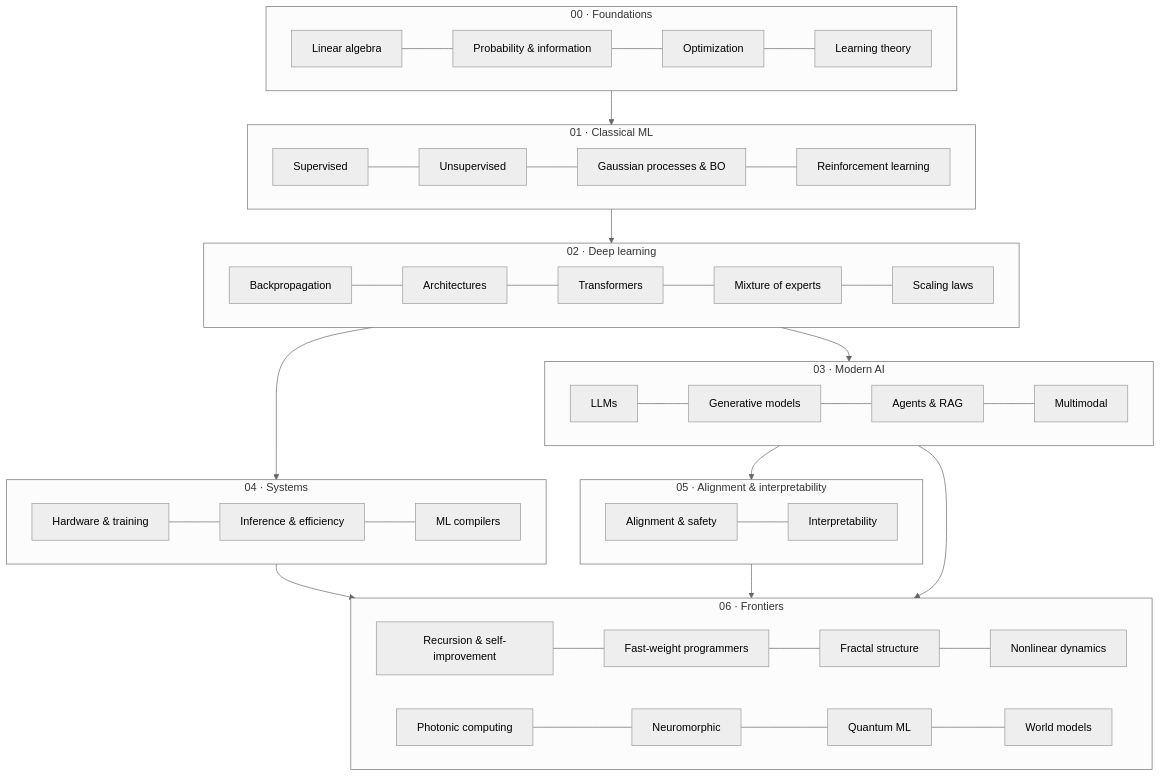
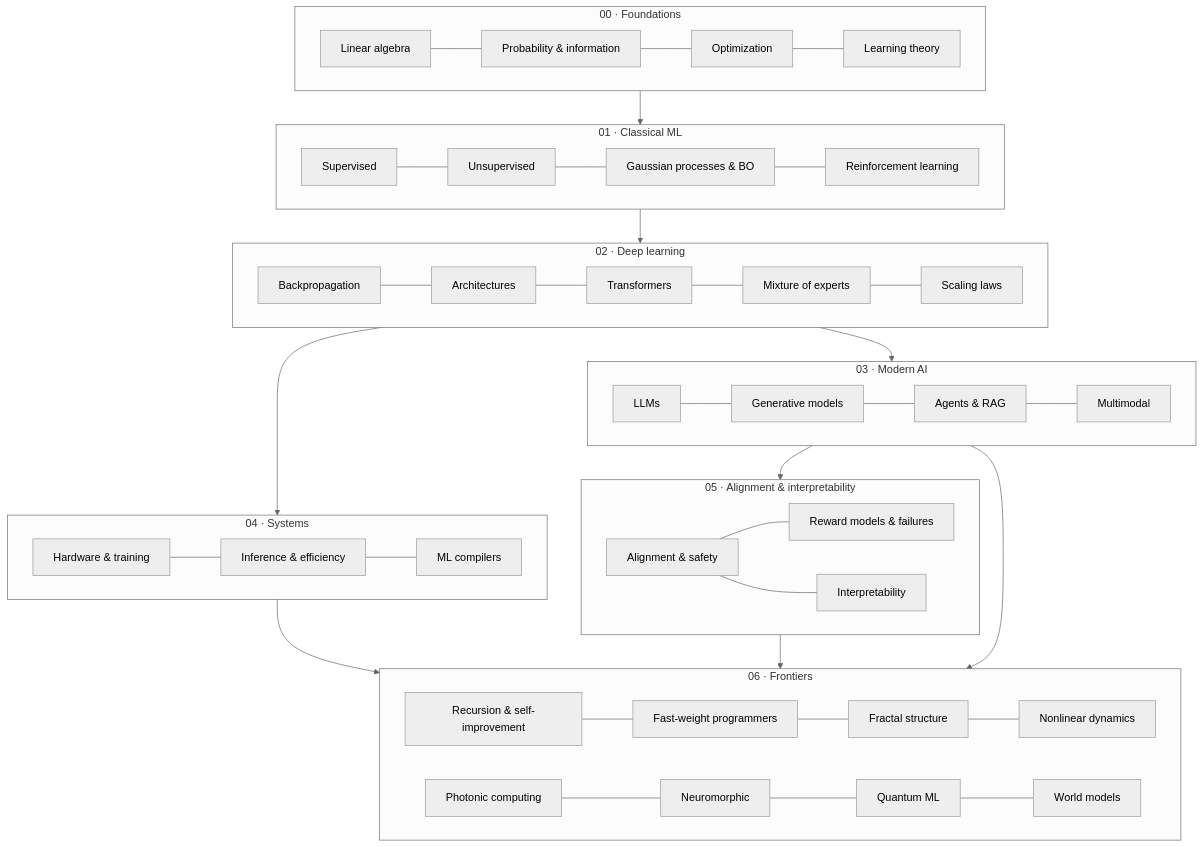
Before and after one commit to marcpoliquin5/understanding-ai: the diagram in README.md, drawn with Mermaid (neutral theme). The commit also changed other lines of this file and 6 other files, not shown here.

Commit message:
Add Reward models and how they fail page (Alignment) with 22 checked references

````diff
--- a/README.md
+++ b/README.md
@@ -30,31 +30,32 @@
 ```mermaid
 flowchart TB
     subgraph F[00 · Foundations]
         F1[Linear algebra] --- F2[Probability & information] --- F3[Optimization] --- F4[Learning theory]
     end
     subgraph C[01 · Classical ML]
         C1[Supervised] --- C2[Unsupervised] --- C4[Gaussian processes & BO] --- C3[Reinforcement learning]
     end
     subgraph D[02 · Deep learning]
         D1[Backpropagation] --- D2[Architectures] --- D3[Transformers] --- D5[Mixture of experts] --- D4[Scaling laws]
     end
     subgraph M[03 · Modern AI]
         M1[LLMs] --- M2[Generative models] --- M3[Agents & RAG] --- M4[Multimodal]
     end
     subgraph S[04 · Systems]
         S1[Hardware & training] --- S2[Inference & efficiency] --- S3[ML compilers]
     end
     subgraph A[05 · Alignment & interpretability]
-        A1[Alignment & safety] --- A2[Interpretability]
+        A1[Alignment & safety] --- A3[Reward models & failures]
+        A1 --- A2[Interpretability]
     end
     subgraph X[06 · Frontiers]
         X1[Recursion & self-improvement] --- X1b[Fast-weight programmers] --- X2[Fractal structure] --- X3[Nonlinear dynamics]
         X4[Photonic computing] --- X5[Neuromorphic] --- X6[Quantum ML] --- X7[World models]
     end
     F --> C --> D --> M
     D --> S
     M --> A
     S --> X
     A --> X
     M --> X
 ```
````
